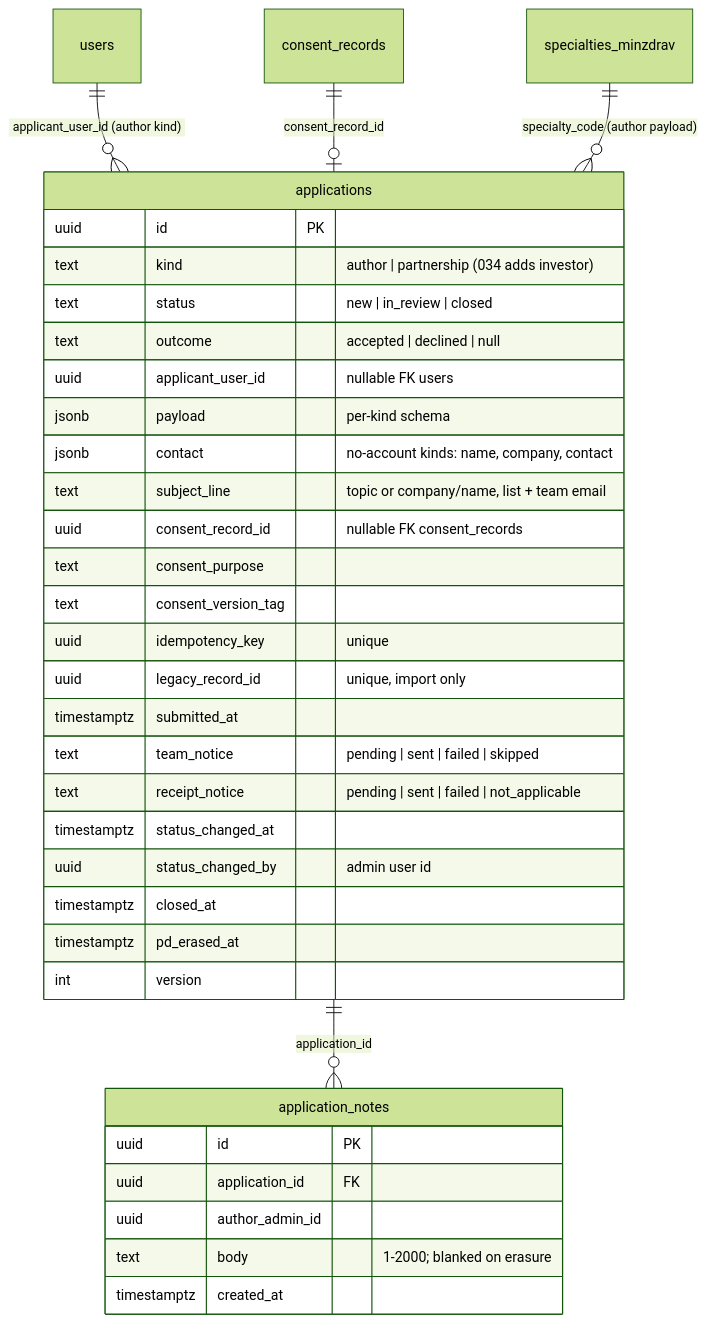
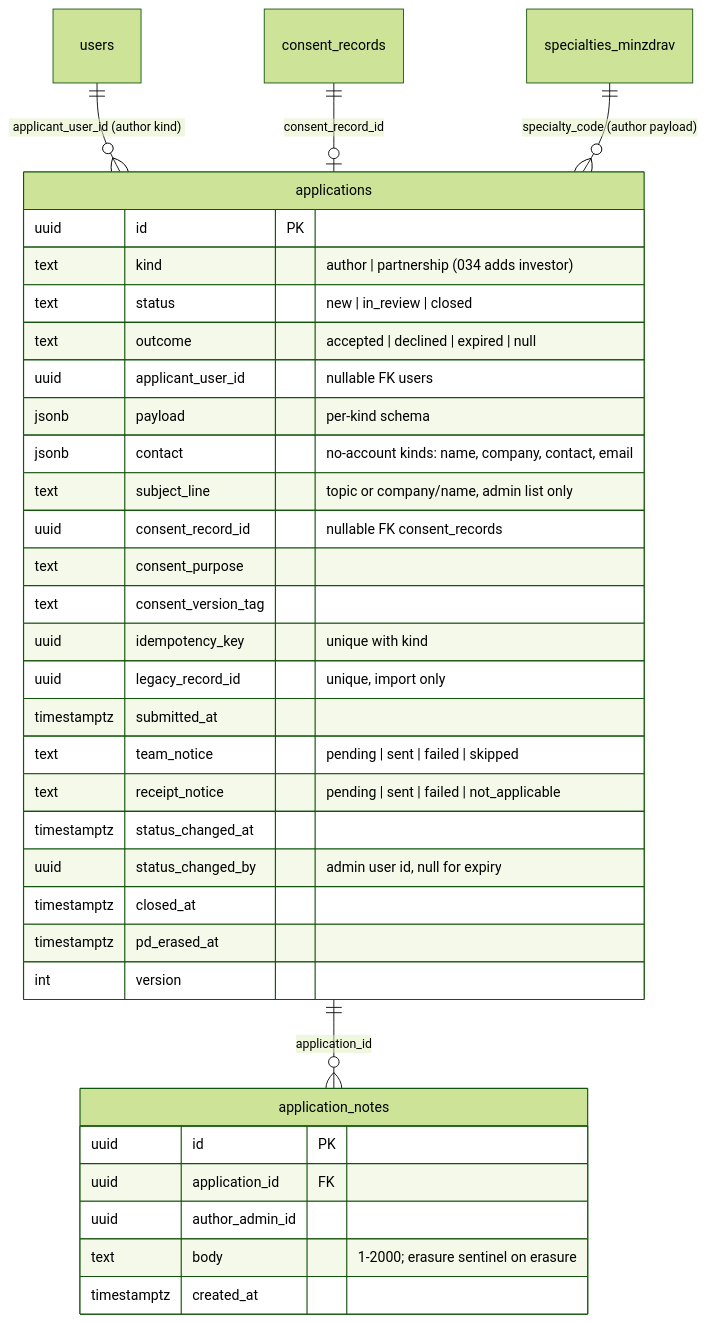
Before and after one commit to doctor-school/ds-platform: the first of 3 diagrams in apps/docs/content/specs/features/033-author-application/033-design.md, drawn with Mermaid (forest theme). The commit also changed other lines of this file and 4 other files, not shown here.

````diff
--- a/apps/docs/content/specs/features/033-author-application/033-design.md
+++ b/apps/docs/content/specs/features/033-author-application/033-design.md
@@ -35,37 +36,37 @@
 ```mermaid
 erDiagram
   users ||--o{ applications : "applicant_user_id (author kind)"
   consent_records ||--o| applications : "consent_record_id"
   specialties_minzdrav ||--o{ applications : "specialty_code (author payload)"
   applications ||--o{ application_notes : "application_id"
   applications {
     uuid id PK
     text kind "author | partnership (034 adds investor)"
     text status "new | in_review | closed"
-    text outcome "accepted | declined | null"
+    text outcome "accepted | declined | expired | null"
     uuid applicant_user_id "nullable FK users"
     jsonb payload "per-kind schema"
-    jsonb contact "no-account kinds: name, company, contact"
-    text subject_line "topic or company/name, list + team email"
+    jsonb contact "no-account kinds: name, company, contact, email"
+    text subject_line "topic or company/name, admin list only"
     uuid consent_record_id "nullable FK consent_records"
     text consent_purpose
     text consent_version_tag
-    uuid idempotency_key "unique"
+    uuid idempotency_key "unique with kind"
     uuid legacy_record_id "unique, import only"
     timestamptz submitted_at
     text team_notice "pending | sent | failed | skipped"
     text receipt_notice "pending | sent | failed | not_applicable"
     timestamptz status_changed_at
-    uuid status_changed_by "admin user id"
+    uuid status_changed_by "admin user id, null for expiry"
     timestamptz closed_at
     timestamptz pd_erased_at
     int version
   }
   application_notes {
     uuid id PK
     uuid application_id FK
     uuid author_admin_id
-    text body "1-2000; blanked on erasure"
+    text body "1-2000; erasure sentinel on erasure"
     timestamptz created_at
   }
 ```
````
